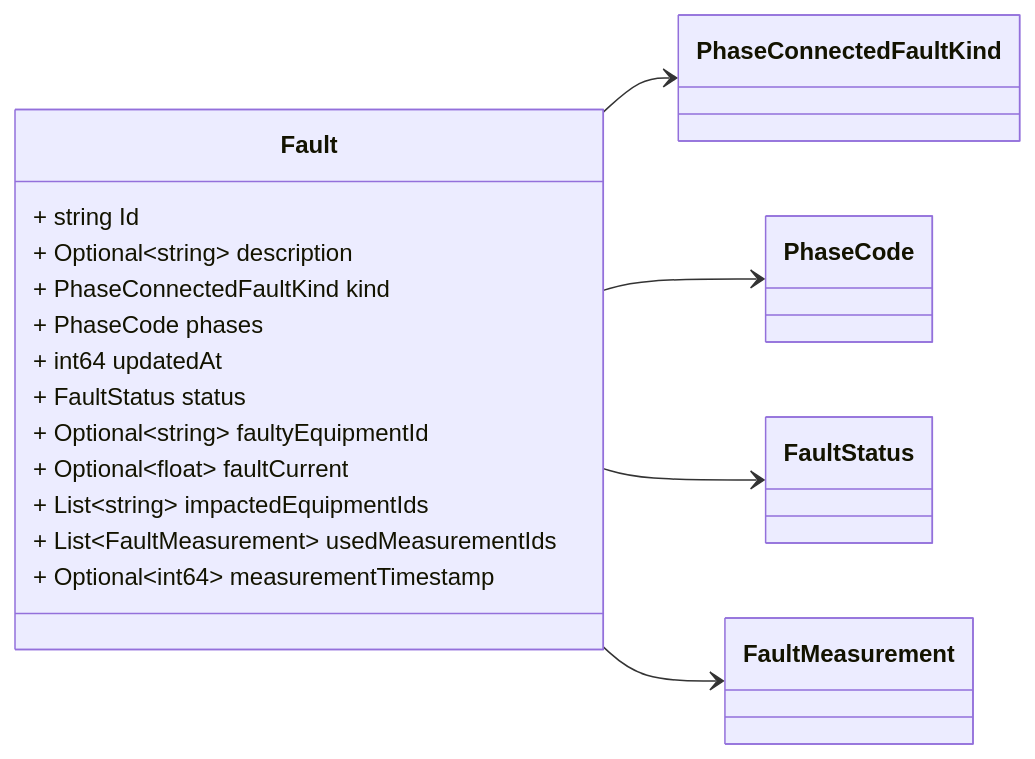
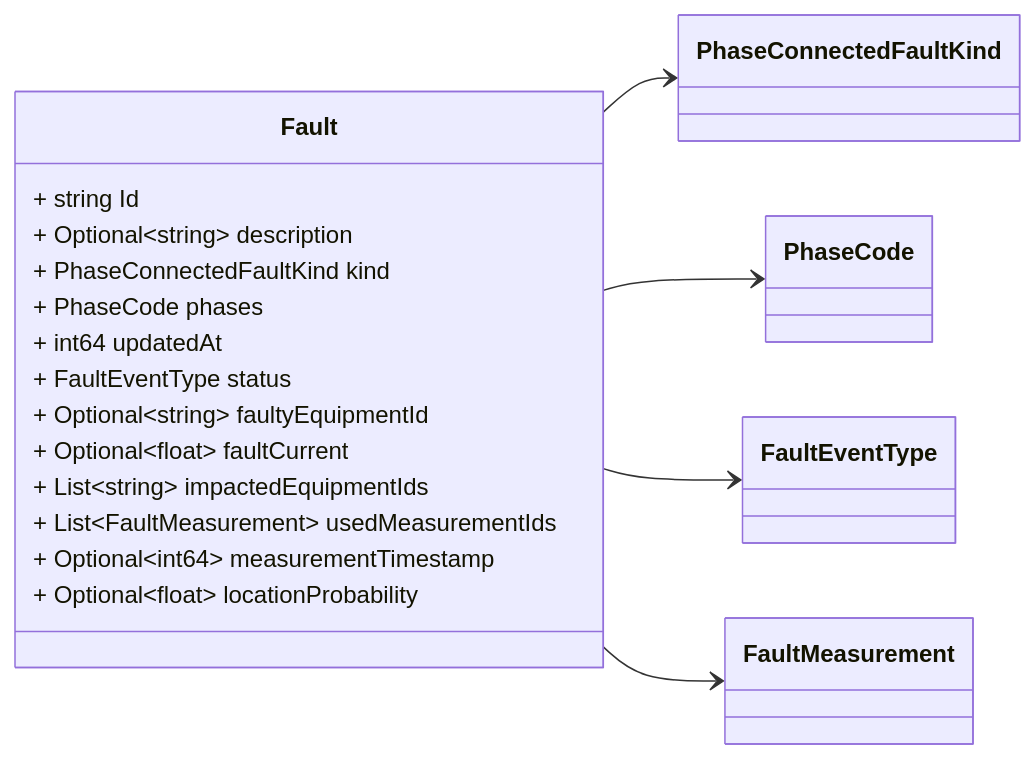
The fourth of 7 diagrams in docs/fault.proto.md (zaphiro-technologies/protobuf), drawn with Mermaid before and after one commit. The commit also changed other lines of this file and 3 other files, not shown here.

````diff
--- a/docs/fault.proto.md
+++ b/docs/fault.proto.md
@@ -184,33 +184,34 @@
 ```mermaid
 classDiagram
 direction LR
 
 %% Abnormal condition causing current flow through conducting equipment, such as caused by equipment failure or short circuits from objects not typically modelled (for example, a tree falling on a line).
 %% 
 %% This message is modeled after [CIM Fault](https://zepben.github.io/evolve/docs/cim/cim100/TC57CIM/IEC61970/Base/Faults/Fault) according to the extensions defined in the [fault-data-storage](https://github.com/zaphiro-technologies/architecture/blob/main/features/31-fault-data-storage.md#data-structures) feature.
 %% 
 %% Headers used in rabbitMQ:
 %% * `id` (string): id of the `Fault`
 %% * `type` (string): always `Fault`
 %% * `producerId` (string): the id of the producer (e.g. a PMU) linked to the notification.
 %% 
 
 class Fault {
   + string Id
   + Optional~string~ description
   + PhaseConnectedFaultKind kind
   + PhaseCode phases
   + int64 updatedAt
-  + FaultStatus status
+  + FaultEventType status
   + Optional~string~ faultyEquipmentId
   + Optional~float~ faultCurrent
   + List~string~ impactedEquipmentIds
   + List~FaultMeasurement~ usedMeasurementIds
   + Optional~int64~ measurementTimestamp
+  + Optional~float~ locationProbability
 }
 Fault --> `PhaseConnectedFaultKind`
 Fault --> `PhaseCode`
-Fault --> `FaultStatus`
+Fault --> `FaultEventType`
 Fault --> `FaultMeasurement`
 
 ```
````
